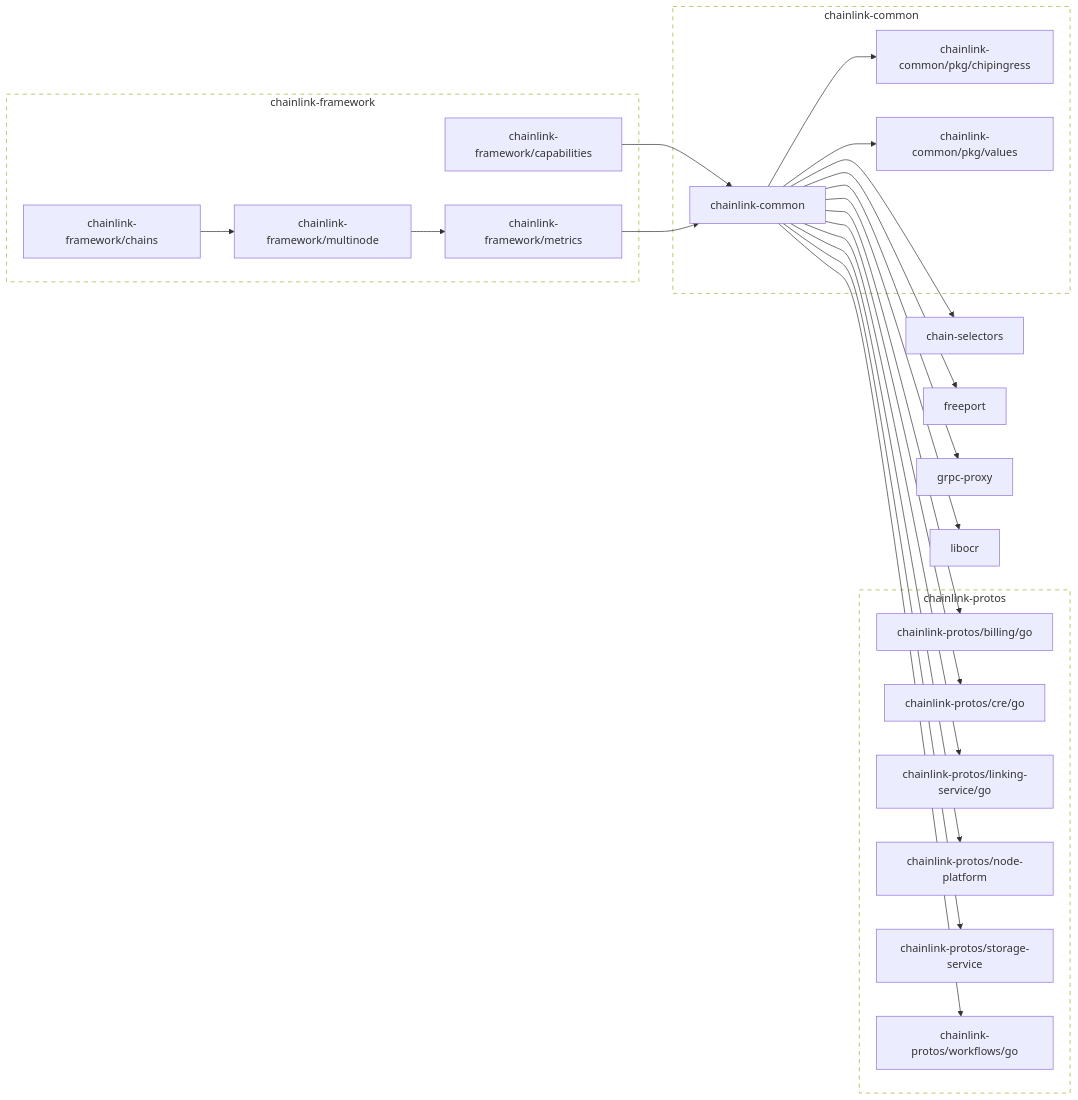
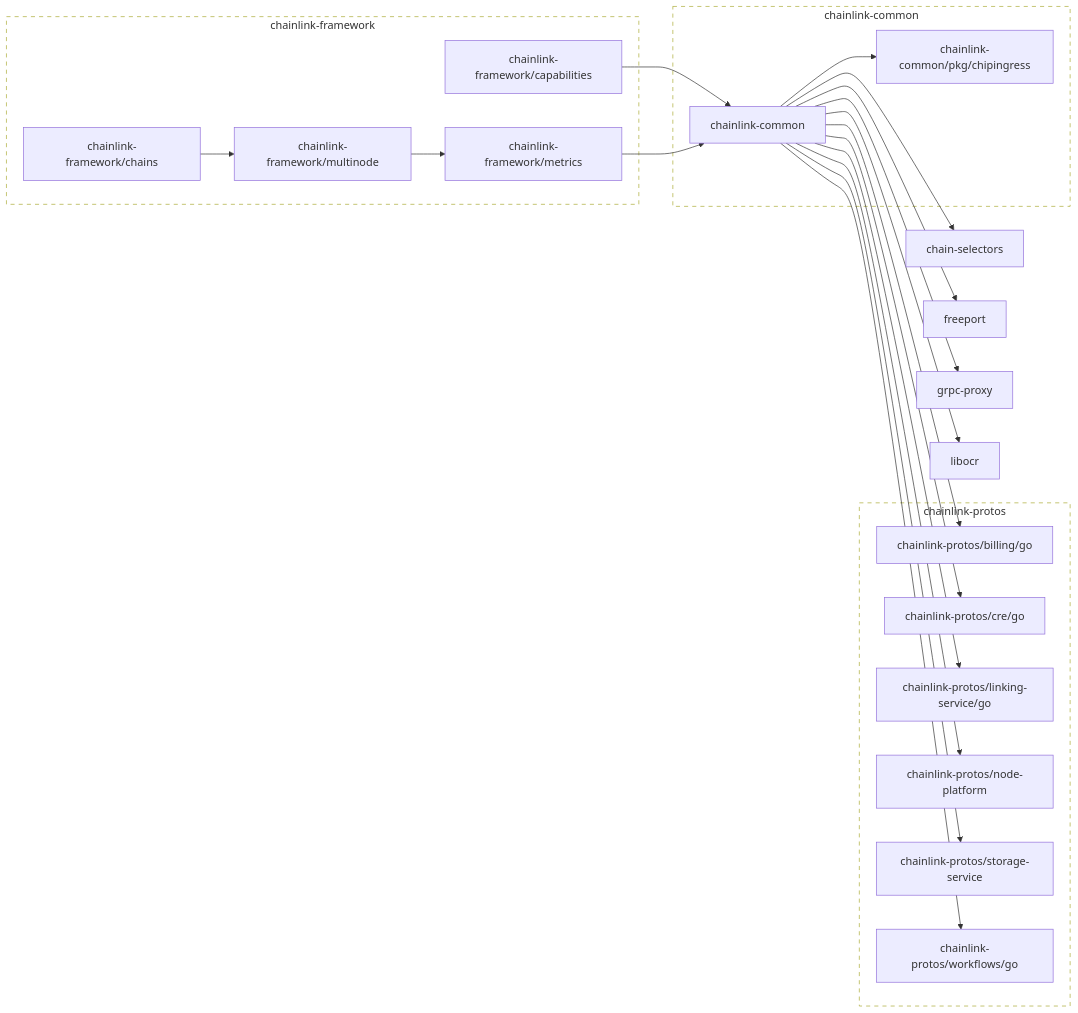
One commit to smartcontractkit/chainlink-framework changed the diagram in go.md. Above: the diagram before and after it, drawn with Mermaid. The commit also changed 8 other files, not shown here.

````diff
--- a/go.md
+++ b/go.md
@@ -3,77 +3,73 @@
 ```mermaid
 flowchart LR
 
 	chain-selectors
 	click chain-selectors href "https://github.com/smartcontractkit/chain-selectors"
 	chainlink-common --> chain-selectors
 	chainlink-common --> chainlink-common/pkg/chipingress
-	chainlink-common --> chainlink-common/pkg/values
 	chainlink-common --> chainlink-protos/billing/go
 	chainlink-common --> chainlink-protos/cre/go
 	chainlink-common --> chainlink-protos/linking-service/go
 	chainlink-common --> chainlink-protos/node-platform
 	chainlink-common --> chainlink-protos/storage-service
 	chainlink-common --> chainlink-protos/workflows/go
 	chainlink-common --> freeport
 	chainlink-common --> grpc-proxy
 	chainlink-common --> libocr
 	click chainlink-common href "https://github.com/smartcontractkit/chainlink-common"
 	chainlink-common/pkg/chipingress
 	click chainlink-common/pkg/chipingress href "https://github.com/smartcontractkit/chainlink-common"
-	chainlink-common/pkg/values
-	click chainlink-common/pkg/values href "https://github.com/smartcontractkit/chainlink-common"
 	chainlink-framework/capabilities --> chainlink-common
 	click chainlink-framework/capabilities href "https://github.com/smartcontractkit/chainlink-framework"
 	chainlink-framework/chains --> chainlink-framework/multinode
 	click chainlink-framework/chains href "https://github.com/smartcontractkit/chainlink-framework"
 	chainlink-framework/metrics --> chainlink-common
 	click chainlink-framework/metrics href "https://github.com/smartcontractkit/chainlink-framework"
 	chainlink-framework/multinode --> chainlink-framework/metrics
 	click chainlink-framework/multinode href "https://github.com/smartcontractkit/chainlink-framework"
 	chainlink-protos/billing/go
 	click chainlink-protos/billing/go href "https://github.com/smartcontractkit/chainlink-protos"
 	chainlink-protos/cre/go
 	click chainlink-protos/cre/go href "https://github.com/smartcontractkit/chainlink-protos"
 	chainlink-protos/linking-service/go
 	click chainlink-protos/linking-service/go href "https://github.com/smartcontractkit/chainlink-protos"
 	chainlink-protos/node-platform
 	click chainlink-protos/node-platform href "https://github.com/smartcontractkit/chainlink-protos"
 	chainlink-protos/storage-service
 	click chainlink-protos/storage-service href "https://github.com/smartcontractkit/chainlink-protos"
 	chainlink-protos/workflows/go
 	click chainlink-protos/workflows/go href "https://github.com/smartcontractkit/chainlink-protos"
 	freeport
 	click freeport href "https://github.com/smartcontractkit/freeport"
 	grpc-proxy
 	click grpc-proxy href "https://github.com/smartcontractkit/grpc-proxy"
 	libocr
 	click libocr href "https://github.com/smartcontractkit/libocr"
 
 	subgraph chainlink-common-repo[chainlink-common]
 		 chainlink-common
 		 chainlink-common/pkg/chipingress
-		 chainlink-common/pkg/values
 	end
 	click chainlink-common-repo href "https://github.com/smartcontractkit/chainlink-common"
 
 	subgraph chainlink-framework-repo[chainlink-framework]
 		 chainlink-framework/capabilities
 		 chainlink-framework/chains
 		 chainlink-framework/metrics
 		 chainlink-framework/multinode
 	end
 	click chainlink-framework-repo href "https://github.com/smartcontractkit/chainlink-framework"
 
 	subgraph chainlink-protos-repo[chainlink-protos]
 		 chainlink-protos/billing/go
 		 chainlink-protos/cre/go
 		 chainlink-protos/linking-service/go
 		 chainlink-protos/node-platform
 		 chainlink-protos/storage-service
 		 chainlink-protos/workflows/go
 	end
 	click chainlink-protos-repo href "https://github.com/smartcontractkit/chainlink-protos"
 
 	classDef outline stroke-dasharray:6,fill:none;
 	class chainlink-common-repo,chainlink-framework-repo,chainlink-protos-repo outline
 ```
````
